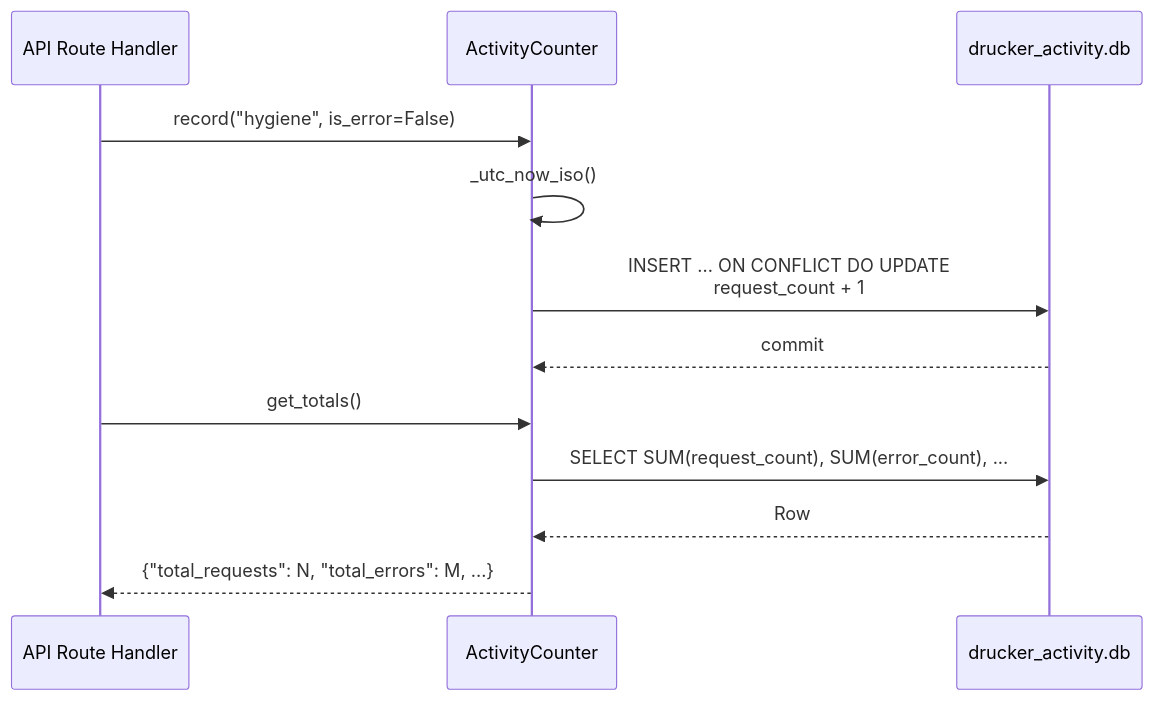
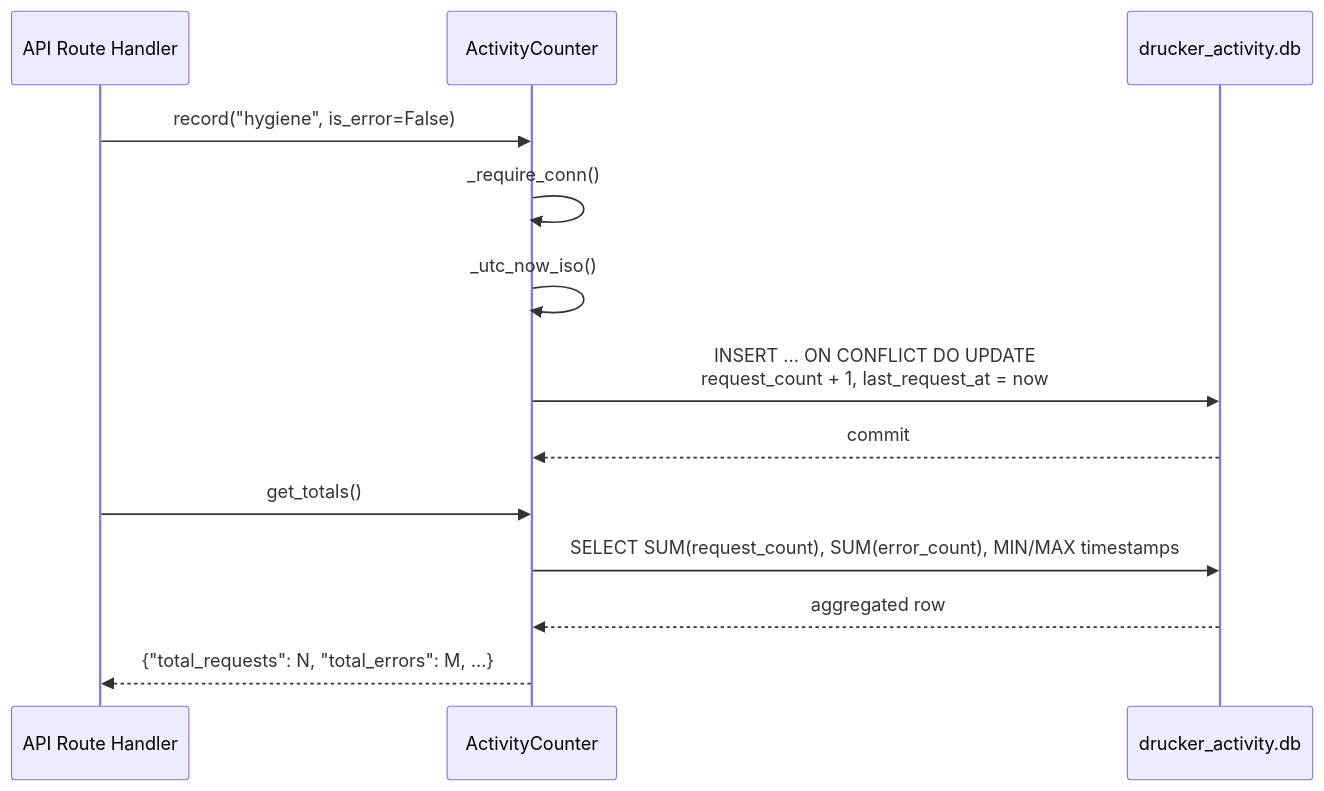
Before and after one commit to jmac-cornelis/agent-workforce: the second of 4 diagrams in docs/agents-drucker-state.md, drawn with Mermaid. The commit also changed other lines of this file and 7 other files, not shown here.

````diff
--- a/docs/agents-drucker-state.md
+++ b/docs/agents-drucker-state.md
@@ -61,16 +61,16 @@
 ```mermaid
 sequenceDiagram
-    participant Handler as API Route Handler
+    participant API as API Route Handler
     participant AC as ActivityCounter
     participant DB as drucker_activity.db
 
-    Handler->>AC: record("hygiene", is_error=False)
+    API->>AC: record("hygiene", is_error=False)
+    AC->>AC: _require_conn()
     AC->>AC: _utc_now_iso()
-    AC->>DB: INSERT ... ON CONFLICT DO UPDATE<br/>request_count + 1
+    AC->>DB: INSERT ... ON CONFLICT DO UPDATE<br/>request_count + 1, last_request_at = now
     DB-->>AC: commit
-
-    Handler->>AC: get_totals()
-    AC->>DB: SELECT SUM(request_count), SUM(error_count), ...
-    DB-->>AC: Row
-    AC-->>Handler: {"total_requests": N, "total_errors": M, ...}
+    API->>AC: get_totals()
+    AC->>DB: SELECT SUM(request_count), SUM(error_count), MIN/MAX timestamps
+    DB-->>AC: aggregated row
+    AC-->>API: {"total_requests": N, "total_errors": M, ...}
 ```
````
